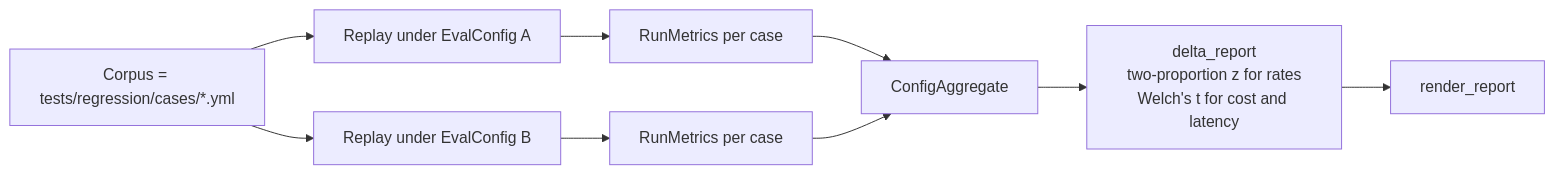
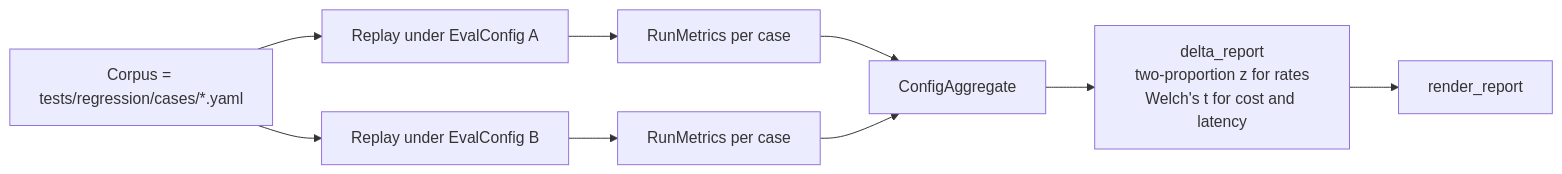
The seventh of 11 diagrams in docs/current/19-testing.md (gondolerahul/hire-buddha-app), drawn with Mermaid before and after one commit. The commit also changed other lines of this file and 3 other files, not shown here.

First line of the commit message:
docs(testing): no pass count is a target, regression cases are *.yaml, and the fixture-schema coupling is kept on purpose (TS-18, TS-17)

````diff
--- a/docs/current/19-testing.md
+++ b/docs/current/19-testing.md
@@ -596,11 +595,11 @@
 ```mermaid
 flowchart LR
-    CORPUS["Corpus = tests/regression/cases/*.yml"] --> A["Replay under EvalConfig A"]
+    CORPUS["Corpus = tests/regression/cases/*.yaml"] --> A["Replay under EvalConfig A"]
     CORPUS --> B["Replay under EvalConfig B"]
     A --> MA["RunMetrics per case"]
     B --> MB["RunMetrics per case"]
     MA --> AGG["ConfigAggregate"]
     MB --> AGG
     AGG --> DELTA["delta_report<br/>two-proportion z for rates<br/>Welch's t for cost and latency"]
     DELTA --> REP["render_report"]
 ```
````
